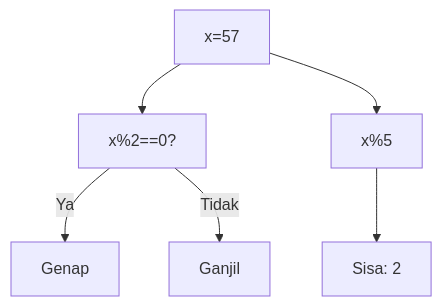
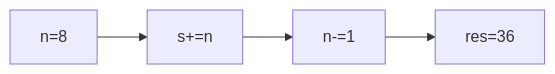
Before and after one commit to amnahwaida/OSNK_INF_PREP: the tenth of 25 diagrams in part-c-pemahaman-cpp/03-perulangan/latihan/set-07.md, drawn with Mermaid. The commit also changed other lines of this file and 71 other files, not shown here.

````diff
--- a/part-c-pemahaman-cpp/03-perulangan/latihan/set-07.md
+++ b/part-c-pemahaman-cpp/03-perulangan/latihan/set-07.md
@@ -308,8 +264,6 @@
 ```mermaid
-graph TD
-A["x=57"] --> B["x%2==0?"]
-B -- Ya --> C["Genap"]
-B -- Tidak --> D["Ganjil"]
-A --> E["x%5"]
-E --> F["Sisa: 2"]
+graph LR
+A["n=8"] --> B["s+=n"]
+B --> C["n-=1"]
+C --> D["res=36"]
 ```
````
